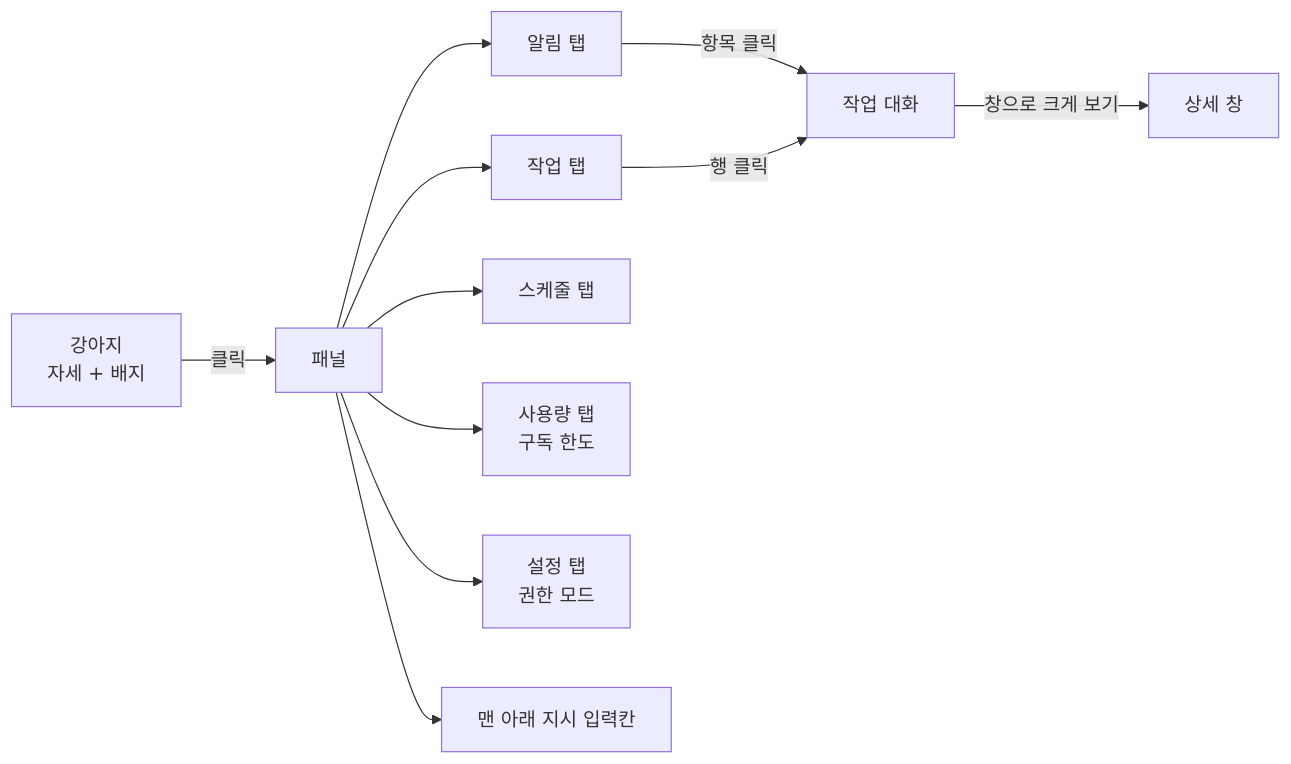
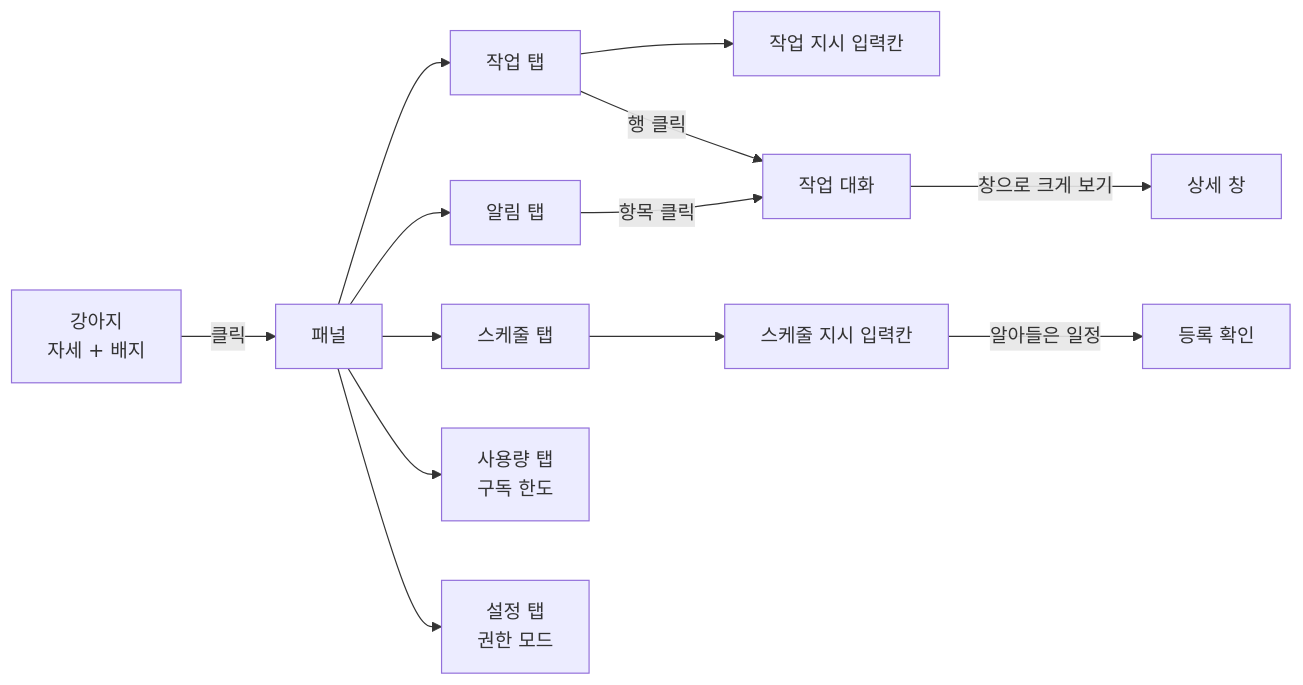
One commit to HEOSEONGILml/AssistantChatBot changed the diagram in docs/design/2026-10-21-output-ui/README.md. Above: the diagram before and after it, drawn with Mermaid. The commit also changed other lines of this file and 9 other files, not shown here.

````diff
--- a/docs/design/2026-10-21-output-ui/README.md
+++ b/docs/design/2026-10-21-output-ui/README.md
@@ -12,13 +12,15 @@
 ```mermaid
 flowchart LR
   Dog[강아지<br/>자세 + 배지] -->|클릭| Panel[패널]
   Panel --> Alerts[알림 탭]
   Panel --> Tasks[작업 탭]
   Panel --> Schedules[스케줄 탭]
   Panel --> Usage[사용량 탭<br/>구독 한도]
   Panel --> Settings[설정 탭<br/>권한 모드]
-  Panel --> Input[맨 아래 지시 입력칸]
+  Tasks --> TaskInput[작업 지시 입력칸]
+  Schedules --> SchedInput[스케줄 지시 입력칸]
+  SchedInput -->|알아들은 일정| Confirm[등록 확인]
   Alerts -->|항목 클릭| Thread[작업 대화]
   Tasks -->|행 클릭| Thread
   Thread -->|창으로 크게 보기| Window[상세 창]
 ```
````
